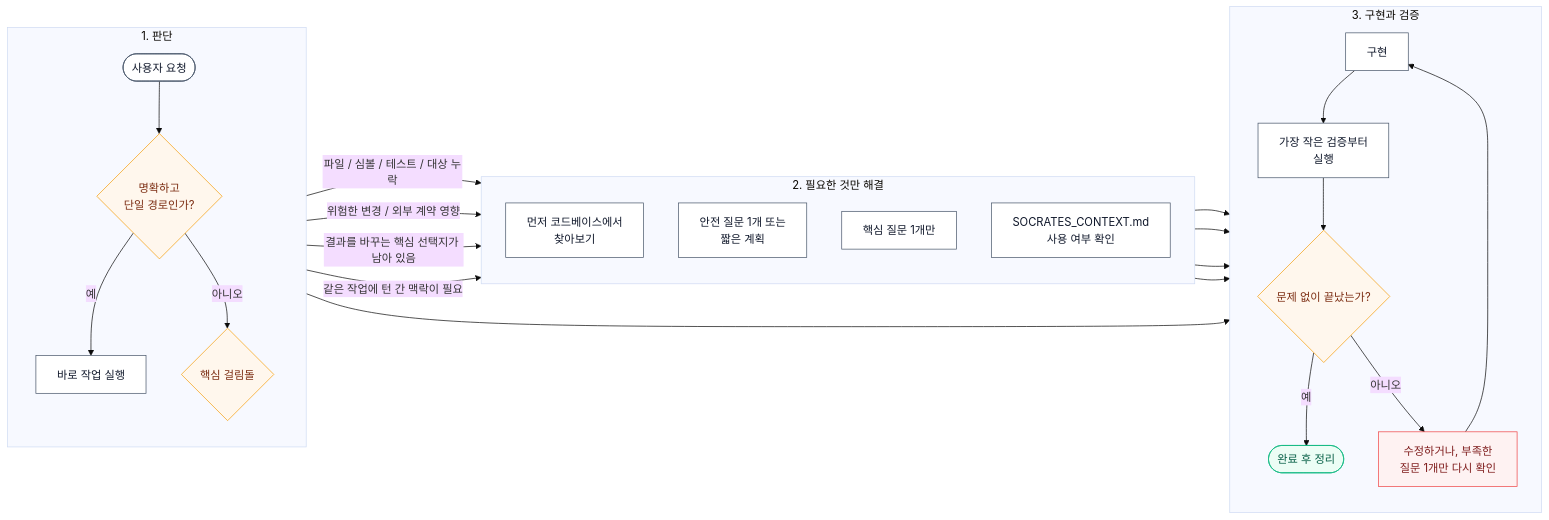
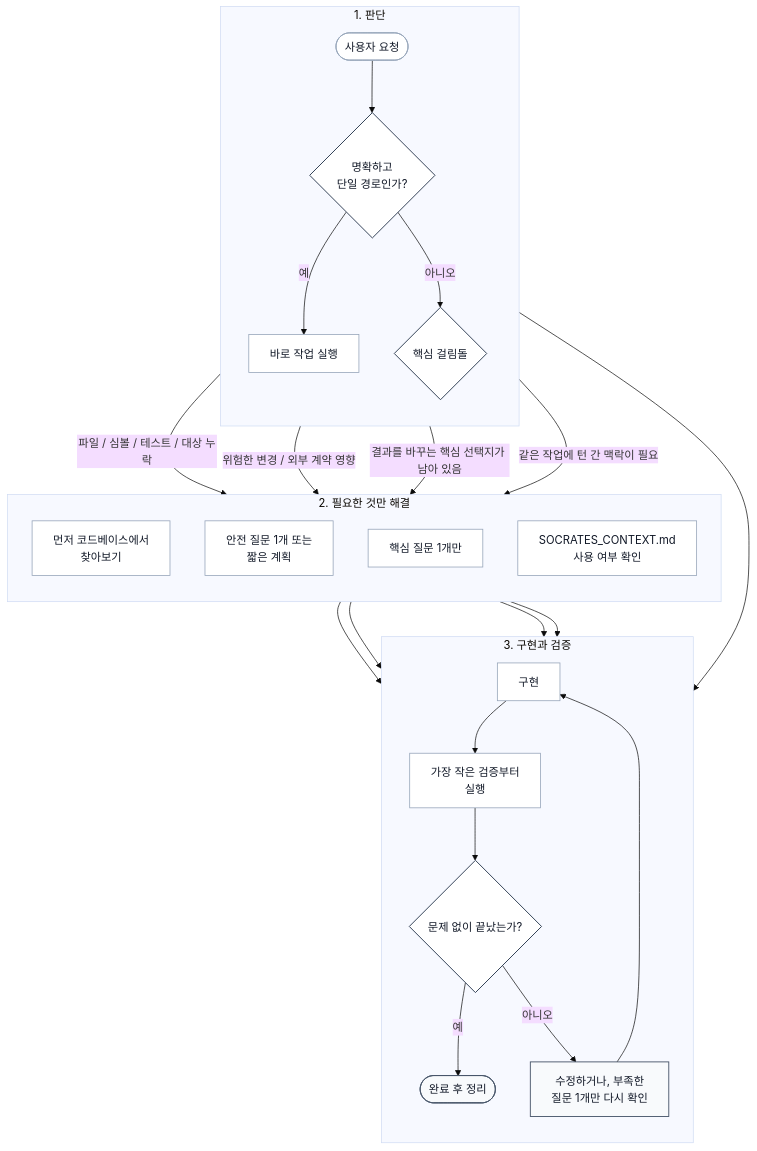
The diagram in README.ko.md (jiyeongjun/socrates-protocol), drawn with Mermaid (base theme) before and after one commit. The commit also changed 1 other file, not shown here.

Commit message:
Tone down runtime flow diagrams

````diff
--- a/README.ko.md
+++ b/README.ko.md
@@ -39,42 +39,41 @@
 ```mermaid
-flowchart LR
-    classDef decision fill:#fff7ed,stroke:#f59e0b,color:#7c2d12;
-    classDef action fill:#ffffff,stroke:#475569,color:#0f172a;
-    classDef done fill:#ecfdf5,stroke:#10b981,color:#065f46;
-    classDef repair fill:#fef2f2,stroke:#ef4444,color:#7f1d1d;
+flowchart TB
+    classDef decision fill:#ffffff,stroke:#334155,stroke-width:1.4px,color:#111827;
+    classDef action fill:#ffffff,stroke:#94a3b8,stroke-width:1.1px,color:#111827;
+    classDef emphasis fill:#f8fafc,stroke:#475569,stroke-width:1.3px,color:#111827;
 
     subgraph T["1. 판단"]
         direction TB
         A([사용자 요청]):::action --> B{명확하고<br/>단일 경로인가?}:::decision
         B -- 예 --> C[바로 작업 실행]:::action
         B -- 아니오 --> D{핵심 걸림돌}:::decision
     end
 
     subgraph R["2. 필요한 것만 해결"]
         direction TB
         E[먼저 코드베이스에서<br/>찾아보기]:::action
         F[안전 질문 1개 또는<br/>짧은 계획]:::action
         G[핵심 질문 1개만]:::action
         H[SOCRATES_CONTEXT.md<br/>사용 여부 확인]:::action
     end
 
     subgraph X["3. 구현과 검증"]
         direction TB
         I[구현]:::action --> J[가장 작은 검증부터<br/>실행]:::action
         J --> K{문제 없이 끝났는가?}:::decision
-        K -- 예 --> L([완료 후 정리]):::done
-        K -- 아니오 --> M[수정하거나, 부족한<br/>질문 1개만 다시 확인]:::repair
+        K -- 예 --> L([완료 후 정리]):::emphasis
+        K -- 아니오 --> M[수정하거나, 부족한<br/>질문 1개만 다시 확인]:::emphasis
     end
 
     D -- 파일 / 심볼 / 테스트 / 대상 누락 --> E
     D -- 위험한 변경 / 외부 계약 영향 --> F
     D -- 결과를 바꾸는 핵심 선택지가 남아 있음 --> G
     D -- 같은 작업에 턴 간 맥락이 필요 --> H
 
     C --> J
     E --> I
     F --> I
     G --> I
     H --> I
     M --> I
 ```
````
